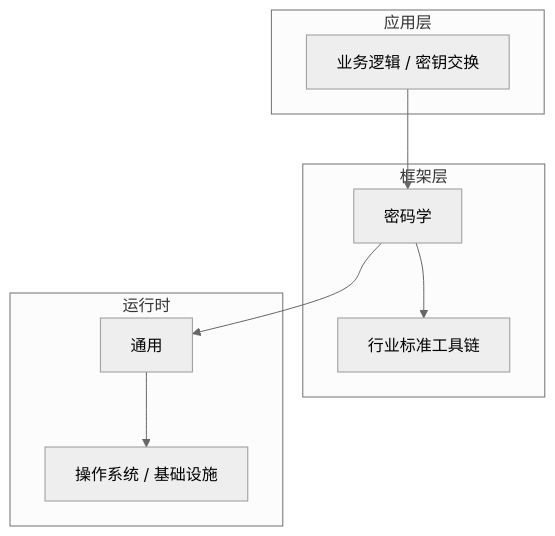
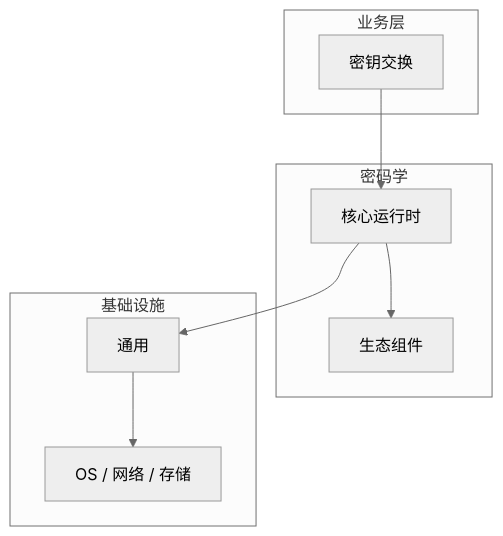
The diagram in articles/密码学/chapters/071-密钥交换核心概念与原理.md (yanggan2015/knowledge-json-v2), drawn with Mermaid (neutral theme) before and after one commit. The commit also changed other lines of this file and 10127 other files, not shown here.

````diff
--- a/articles/密码学/chapters/071-密钥交换核心概念与原理.md
+++ b/articles/密码学/chapters/071-密钥交换核心概念与原理.md
@@ -46,18 +31,18 @@
 ```mermaid
 graph TB
-    subgraph 应用层
-        A[业务逻辑 / 密钥交换]
+    subgraph 业务层
+        A[密钥交换]
     end
-    subgraph 框架层
-        B[密码学]
-        C[行业标准工具链]
+    subgraph 密码学
+        B[核心运行时]
+        C[生态组件]
     end
-    subgraph 运行时
+    subgraph 基础设施
         D[通用]
-        E[操作系统 / 基础设施]
+        E[OS / 网络 / 存储]
     end
     A --> B
     B --> C
     B --> D
     D --> E
 ```
````
